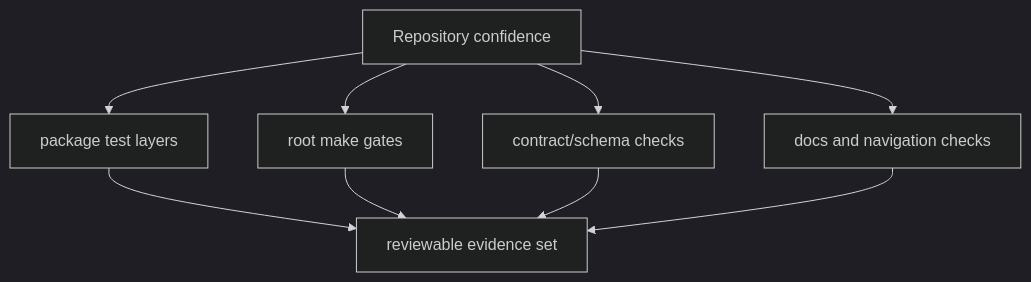
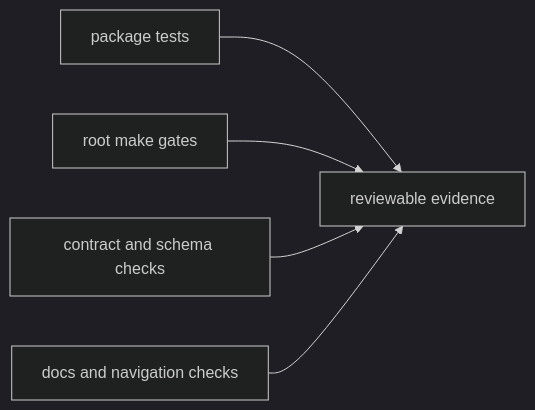
Before and after one commit to bijux/bijux-cli: the diagram in docs/bijux-core/operations/testing-and-validation.md, drawn with Mermaid (dark theme). The commit also changed other lines of this file, not shown here.

Commit message:
docs(core-operations): clarify testing and validation

````diff
--- a/docs/bijux-core/operations/testing-and-validation.md
+++ b/docs/bijux-core/operations/testing-and-validation.md
@@ -15,13 +21,7 @@
 ```mermaid
-flowchart TB
-    confidence[Repository confidence]
-    confidence --> package_tests[package test layers]
-    confidence --> root_checks[root make gates]
-    confidence --> contracts[contract/schema checks]
-    confidence --> docs_checks[docs and navigation checks]
-
-    package_tests --> evidence[reviewable evidence set]
-    root_checks --> evidence
-    contracts --> evidence
-    docs_checks --> evidence
+flowchart LR
+    package_tests["package tests"] --> evidence["reviewable evidence"]
+    root_checks["root make gates"] --> evidence
+    contracts["contract and schema checks"] --> evidence
+    docs_checks["docs and navigation checks"] --> evidence
 ```
````
